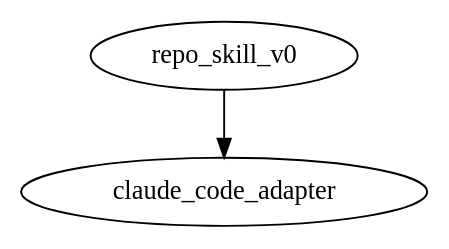
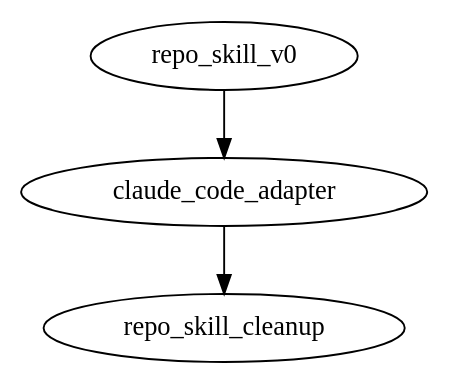
The diagram in REPO_HISTORY.dot (BH3GEI/westlake-piercing), drawn with Graphviz before and after one commit. The commit also changed 5 other files, not shown here.

Commit message:
Clean up repository skill metadata

```diff
--- a/REPO_HISTORY.dot
+++ b/REPO_HISTORY.dot
@@ -1,32 +1,44 @@
 digraph westlake_repo_history {
   graph [
     format="repo-skill-history-v0",
     rule="each node records one agent-facing change; commit=self is allowed only for the node introduced by the current commit"
   ];
 
   repo_skill_v0 [
     commit="fb3661c",
     base_commit="b9ede74ac6a19e9e05e09800a4c8757b60ea48d5",
     actor="Yao/Codex",
     title="add repo skill v0",
     user_input="Fork westlake-piercing to BH3GEI and add a dynamic repo skill system with DOT pipeline, lock, history, and skill-local tools.",
     agent_action="Created REPO_SKILL.md, REPO_PIPELINE.dot, REPO_LOCK.toml, REPO_HISTORY.dot, .repo-skill/SKILL.md, runner code, checks, and turn notes.",
     code_delta="No runtime adapter behavior changed; added collaboration and reproducibility metadata plus a local DOT runner.",
     verify="static runner checks; full replay requires DAYU200 and artifact baseline",
     note=".repo-skill/turns/2026-06-30-repo-skill-v0.md"
   ];
 
   claude_code_adapter [
-    commit="self",
+    commit="6113f4b",
     base_commit="fb3661c",
     actor="Yao/Codex",
     title="add Claude Code skill adapter",
     user_input="Add the Claude Code layer so Claude can discover the repo skill without duplicating the main rules.",
     agent_action="Created .claude/skills/westlake-repo/SKILL.md and linked REPO_SKILL.md as the single source of truth.",
     code_delta="No runtime adapter behavior changed; added Claude Code discovery metadata and updated repo skill history.",
     verify="static file checks; full replay still requires DAYU200, hdc, and external artifacts",
     note=".repo-skill/turns/2026-06-30-claude-code-adapter.md"
   ];
 
-  repo_skill_v0 -> claude_code_adapter;
+  repo_skill_cleanup [
+    commit="self",
+    base_commit="6113f4b",
+    actor="Yao/Codex",
+    title="clean up repo skill metadata",
+    user_input="Inspect BH3GEI/westlake-piercing, especially its built-in repo skill.",
+    agent_action="Added Codex frontmatter to .repo-skill/SKILL.md, rewrote mojibake Claude adapter and turn note, improved missing-command/9009 reporting, and recorded this cleanup turn.",
+    code_delta="No runtime adapter behavior changed; cleaned repository skill metadata, agent-facing history, and runner diagnostics.",
+    verify="static skill checks; repo-local check flow fails honestly on this Windows host before hardware/artifact verification",
+    note=".repo-skill/turns/2026-07-01-repo-skill-cleanup.md"
+  ];
+
+  repo_skill_v0 -> claude_code_adapter -> repo_skill_cleanup;
 }
```
